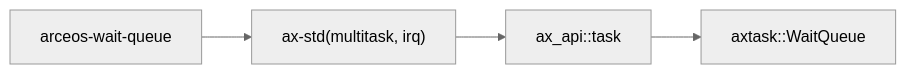
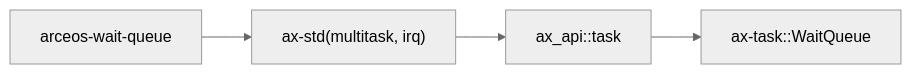
The second of 2 diagrams in docs/crates/arceos-wait-queue.md (zKurisu/tgoskits), drawn with Mermaid (neutral theme) before and after one commit. The commit also changed other lines of this file and 133 other files, not shown here.

Commit message:
rename axtask to ax-task

````diff
--- a/docs/crates/arceos-wait-queue.md
+++ b/docs/crates/arceos-wait-queue.md
@@ -76,6 +76,6 @@
 ```mermaid
 graph LR
     test["arceos-wait-queue"] --> ax-std["ax-std(multitask, irq)"]
     ax-std --> ax-api["ax_api::task"]
-    ax-api --> axtask["axtask::WaitQueue"]
+    ax-api --> ax-task["ax-task::WaitQueue"]
 ```
````
